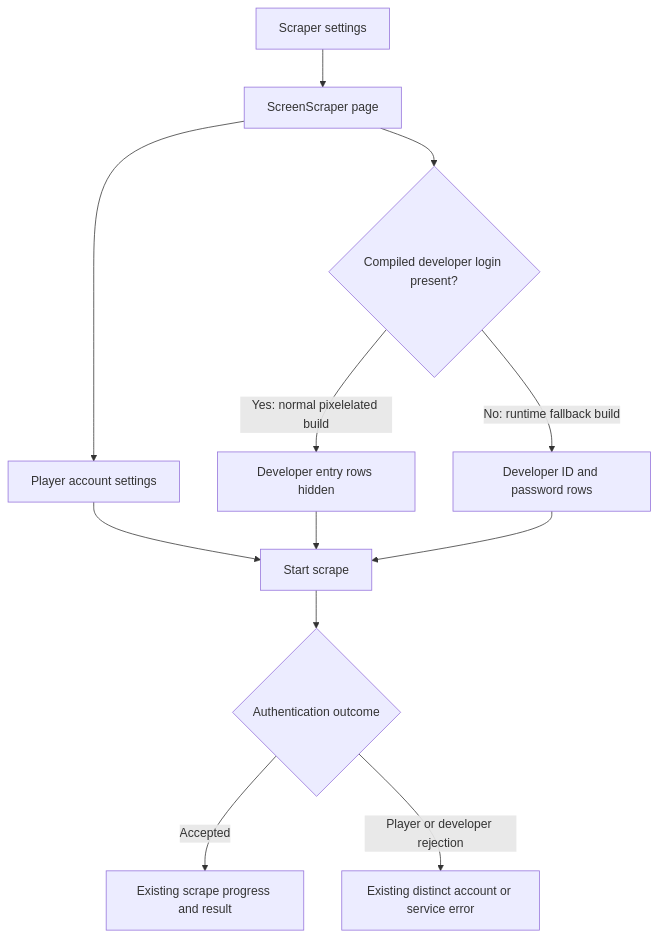
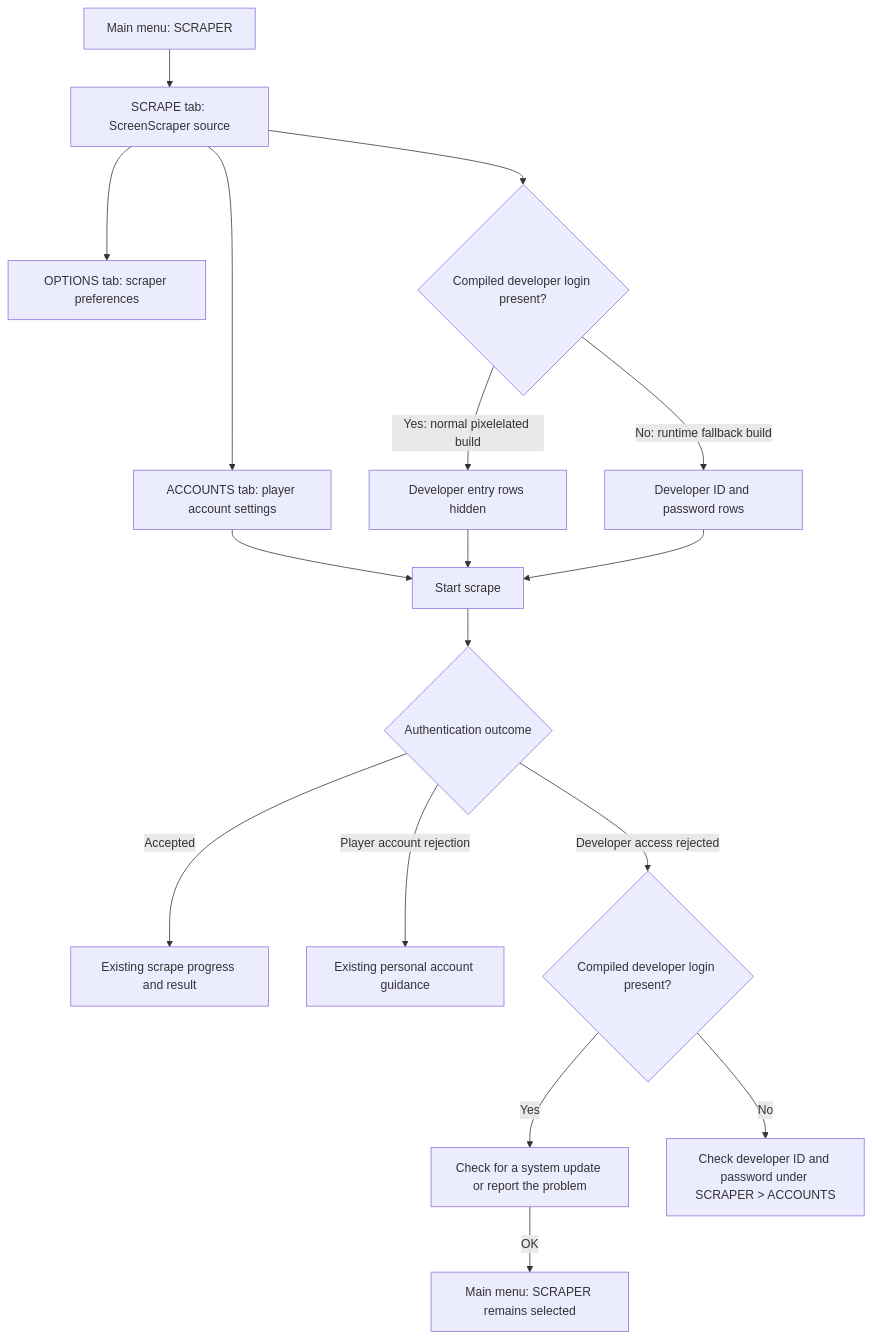
One commit to pixelelated/distribution changed the ninth of 9 diagrams in docs/es-menu-map.md. Above: the diagram before and after it, drawn with Mermaid. The commit also changed other lines of this file and 302 other files, not shown here.

First line of the commit message:
emulationstation: publish ScreenScraper recovery proof and pin

````diff
--- a/docs/es-menu-map.md
+++ b/docs/es-menu-map.md
@@ -812,14 +812,19 @@
 ```mermaid
 flowchart TD
-  S[Scraper settings] --> P[ScreenScraper page]
-  P --> A[Player account settings]
+  S[Main menu: SCRAPER] --> P[SCRAPE tab: ScreenScraper source]
+  P --> A[ACCOUNTS tab: player account settings]
+  P --> V[OPTIONS tab: scraper preferences]
   P --> C{Compiled developer login present?}
   C -->|Yes: normal pixelelated build| H[Developer entry rows hidden]
   C -->|No: runtime fallback build| D[Developer ID and password rows]
   A --> T[Start scrape]
   H --> T
   D --> T
   T --> O{Authentication outcome}
   O -->|Accepted| R[Existing scrape progress and result]
-  O -->|Player or developer rejection| E[Existing distinct account or service error]
+  O -->|Player account rejection| E[Existing personal account guidance]
+  O -->|Developer access rejected| B{Compiled developer login present?}
+  B -->|Yes| U[Check for a system update or report the problem]
+  B -->|No| D2[Check developer ID and password under SCRAPER > ACCOUNTS]
+  U -->|OK| M[Main menu: SCRAPER remains selected]
 ```
````
